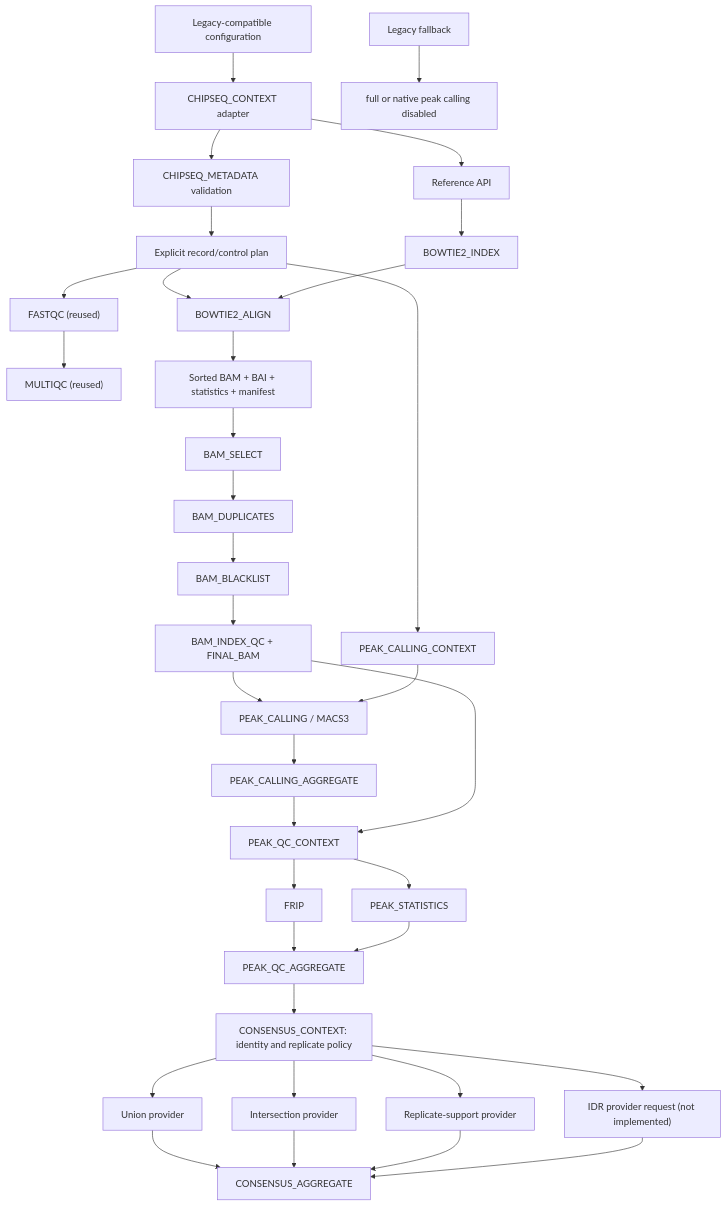
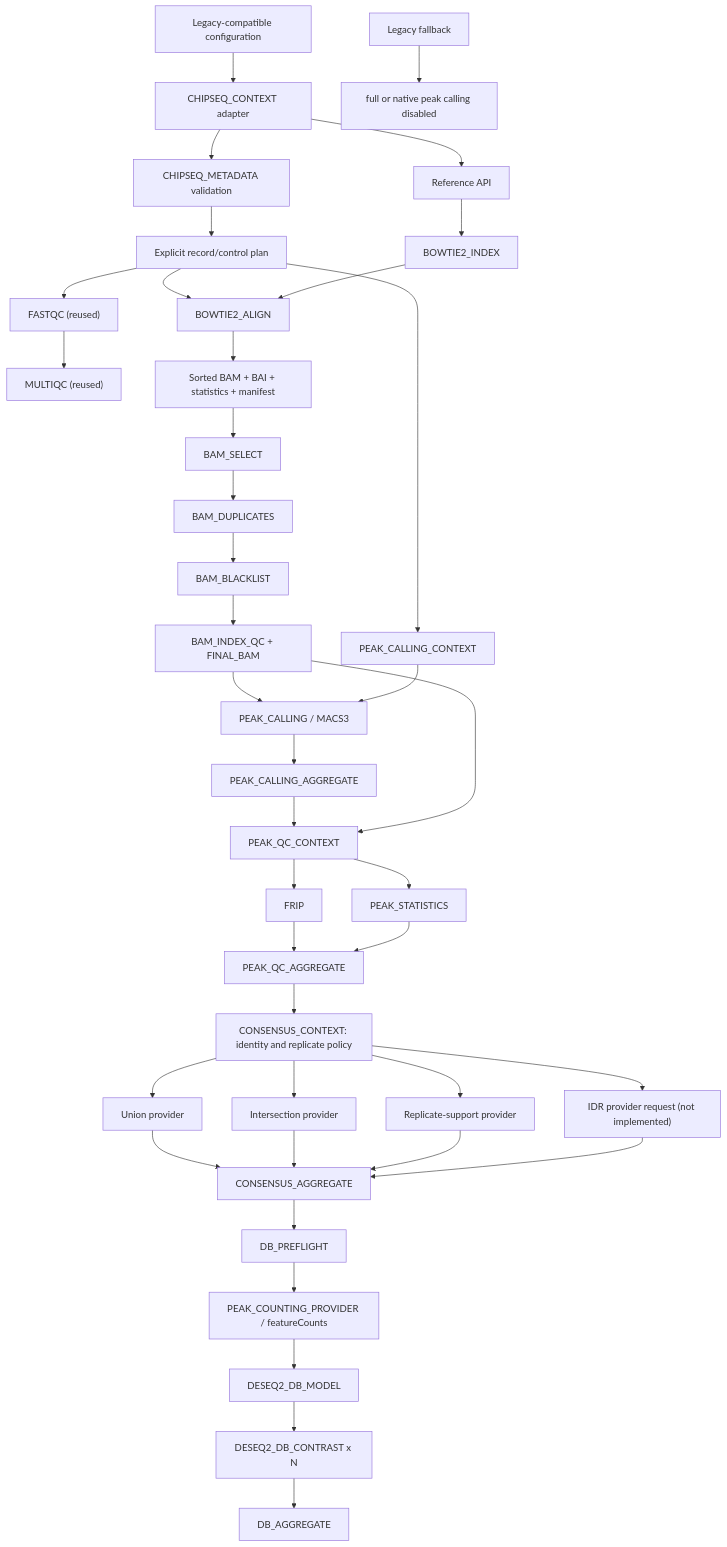
One commit to GMiguelAlves/HelixForge changed the diagram in docs/chipseq-architecture.md. Above: the diagram before and after it, drawn with Mermaid. The commit also changed other lines of this file and 9 other files, not shown here.

````diff
--- a/docs/chipseq-architecture.md
+++ b/docs/chipseq-architecture.md
@@ -7,39 +7,44 @@
 ```mermaid
 flowchart TD
     CFG["Legacy-compatible configuration"] --> CTX["CHIPSEQ_CONTEXT adapter"]
     CTX --> META["CHIPSEQ_METADATA validation"]
     META --> PLAN["Explicit record/control plan"]
     PLAN --> FQ["FASTQC (reused)"]
     FQ --> MQ["MULTIQC (reused)"]
     CTX --> REF["Reference API"]
     REF --> BI["BOWTIE2_INDEX"]
     PLAN --> BA["BOWTIE2_ALIGN"]
     BI --> BA
     BA --> BAM["Sorted BAM + BAI + statistics + manifest"]
 
     BAM --> SEL["BAM_SELECT"]
     SEL --> DUP["BAM_DUPLICATES"]
     DUP --> BL["BAM_BLACKLIST"]
     BL --> FINAL["BAM_INDEX_QC + FINAL_BAM"]
     PLAN --> PCTX["PEAK_CALLING_CONTEXT"]
     FINAL --> PC["PEAK_CALLING / MACS3"]
     PCTX --> PC
     PC --> PAGG["PEAK_CALLING_AGGREGATE"]
     PAGG --> PQC["PEAK_QC_CONTEXT"]
     FINAL --> PQC
     PQC --> FRIP["FRIP"]
     PQC --> PSTAT["PEAK_STATISTICS"]
     FRIP --> QAGG["PEAK_QC_AGGREGATE"]
     PSTAT --> QAGG
     QAGG --> CCTX["CONSENSUS_CONTEXT: identity and replicate policy"]
     CCTX --> UNION["Union provider"]
     CCTX --> INTER["Intersection provider"]
     CCTX --> SUPPORT["Replicate-support provider"]
     CCTX --> IDR["IDR provider request (not implemented)"]
     UNION --> CAGG["CONSENSUS_AGGREGATE"]
     INTER --> CAGG
     SUPPORT --> CAGG
     IDR --> CAGG
+    CAGG --> DBP["DB_PREFLIGHT"]
+    DBP --> COUNT["PEAK_COUNTING_PROVIDER / featureCounts"]
+    COUNT --> DBM["DESEQ2_DB_MODEL"]
+    DBM --> DBC["DESEQ2_DB_CONTRAST x N"]
+    DBC --> DBA["DB_AGGREGATE"]
 
     LEG["Legacy fallback"] --> FULL["full or native peak calling disabled"]
 ```
````
